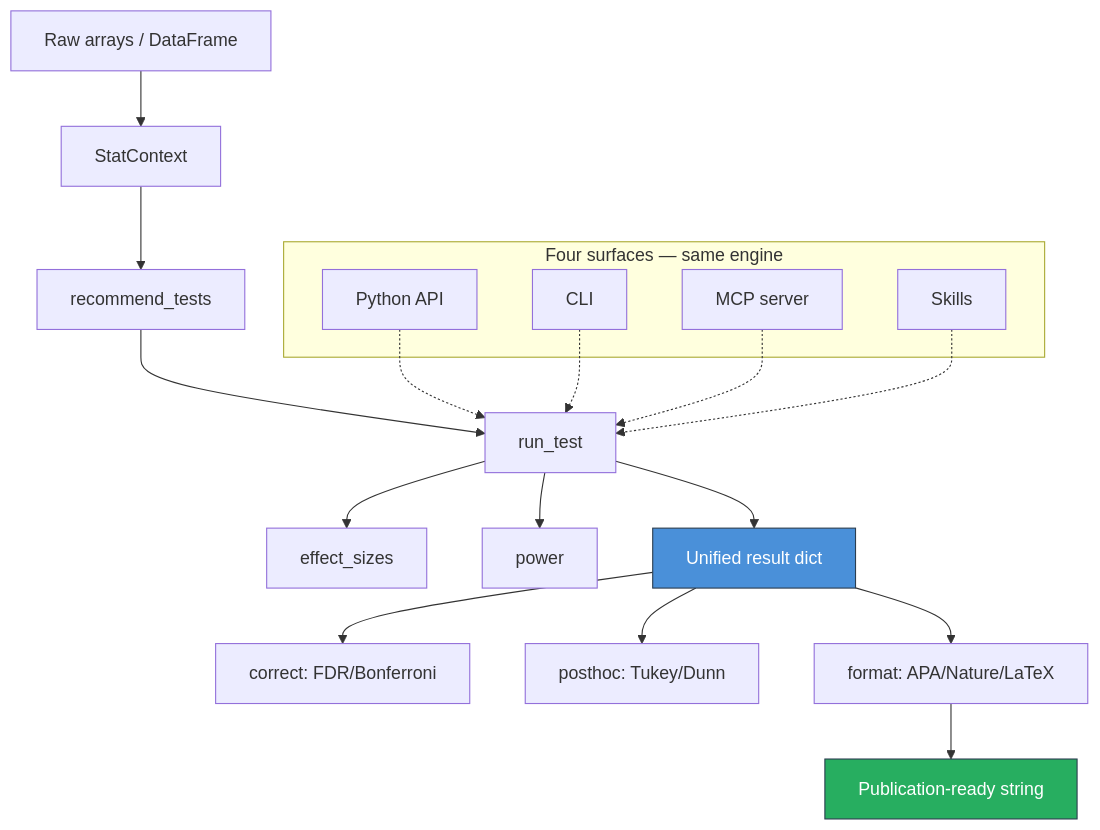
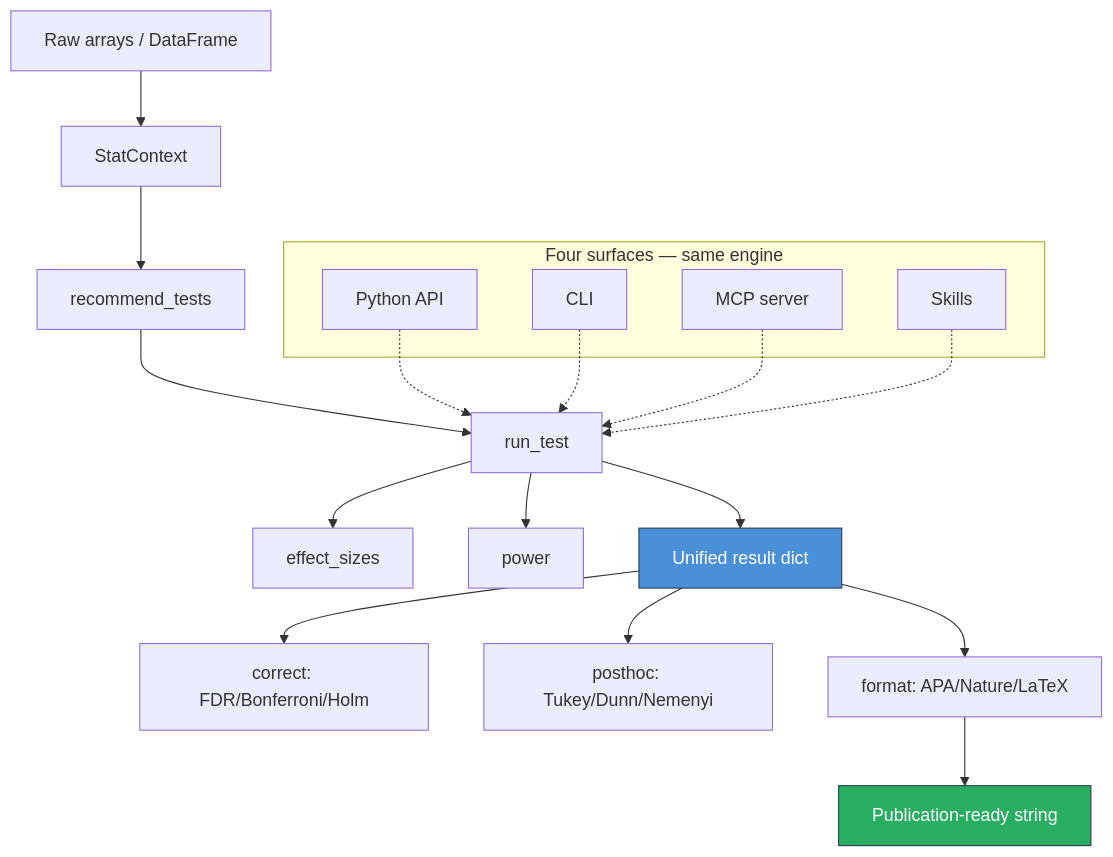
The diagram in README.md (ywatanabe1989/scitex-stats), drawn with Mermaid before and after one commit. The commit also changed other lines of this file, not shown here.

````diff
--- a/README.md
+++ b/README.md
@@ -64,27 +138,27 @@
 ```mermaid
 flowchart TB
     Data[Raw arrays / DataFrame] --> Ctx[StatContext]
     Ctx --> Rec[recommend_tests]
     Rec --> Run[run_test]
     Run --> ES[effect_sizes]
     Run --> Pw[power]
     Run --> Res[Unified result dict]
-    Res --> Corr[correct: FDR/Bonferroni]
-    Res --> Post[posthoc: Tukey/Dunn]
+    Res --> Corr[correct: FDR/Bonferroni/Holm]
+    Res --> Post[posthoc: Tukey/Dunn/Nemenyi]
     Res --> Fmt[format: APA/Nature/LaTeX]
     Fmt --> Pub[Publication-ready string]
 
     subgraph Surfaces ["Four surfaces — same engine"]
         Py[Python API]
         Cli[CLI]
         Mcp[MCP server]
         Sk[Skills]
     end
     Py -.-> Run
     Cli -.-> Run
     Mcp -.-> Run
     Sk -.-> Run
 
     style Pub fill:#27ae60,stroke:#2c3e50,color:#fff
     style Res fill:#4a90d9,stroke:#2c3e50,color:#fff
 ```
````
